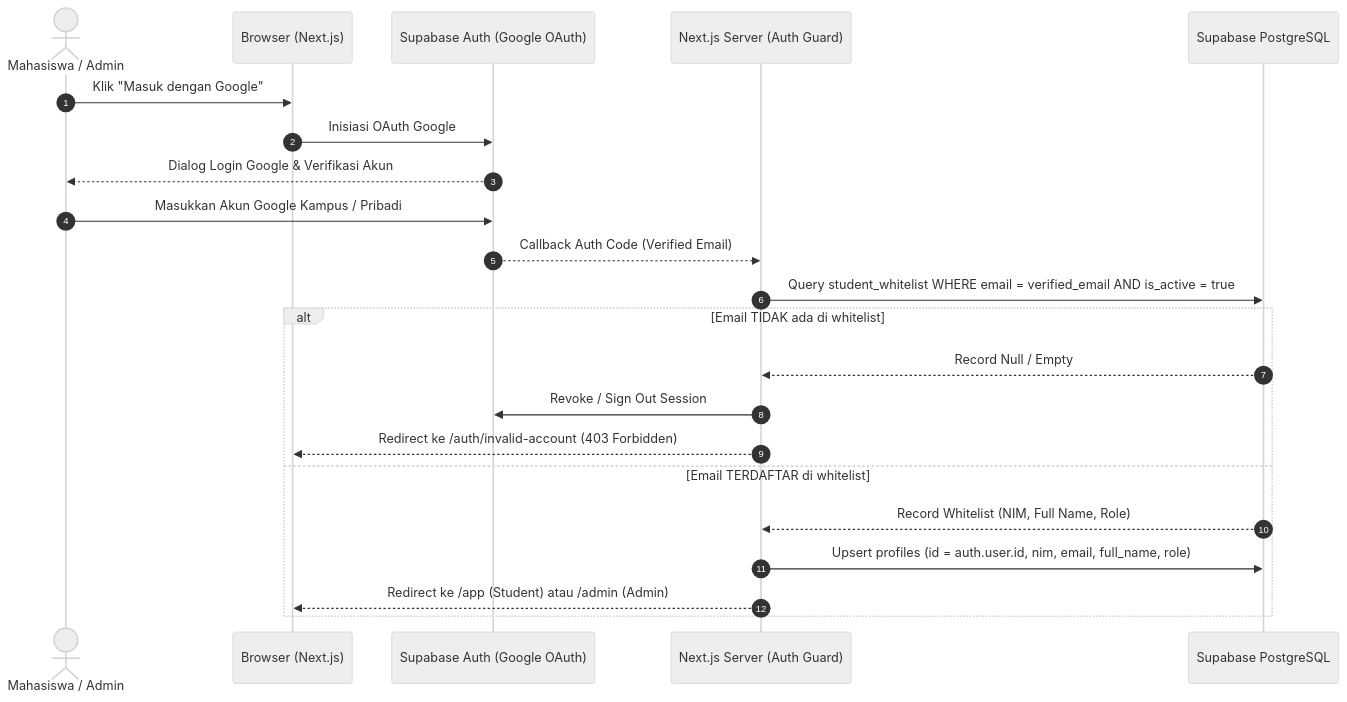
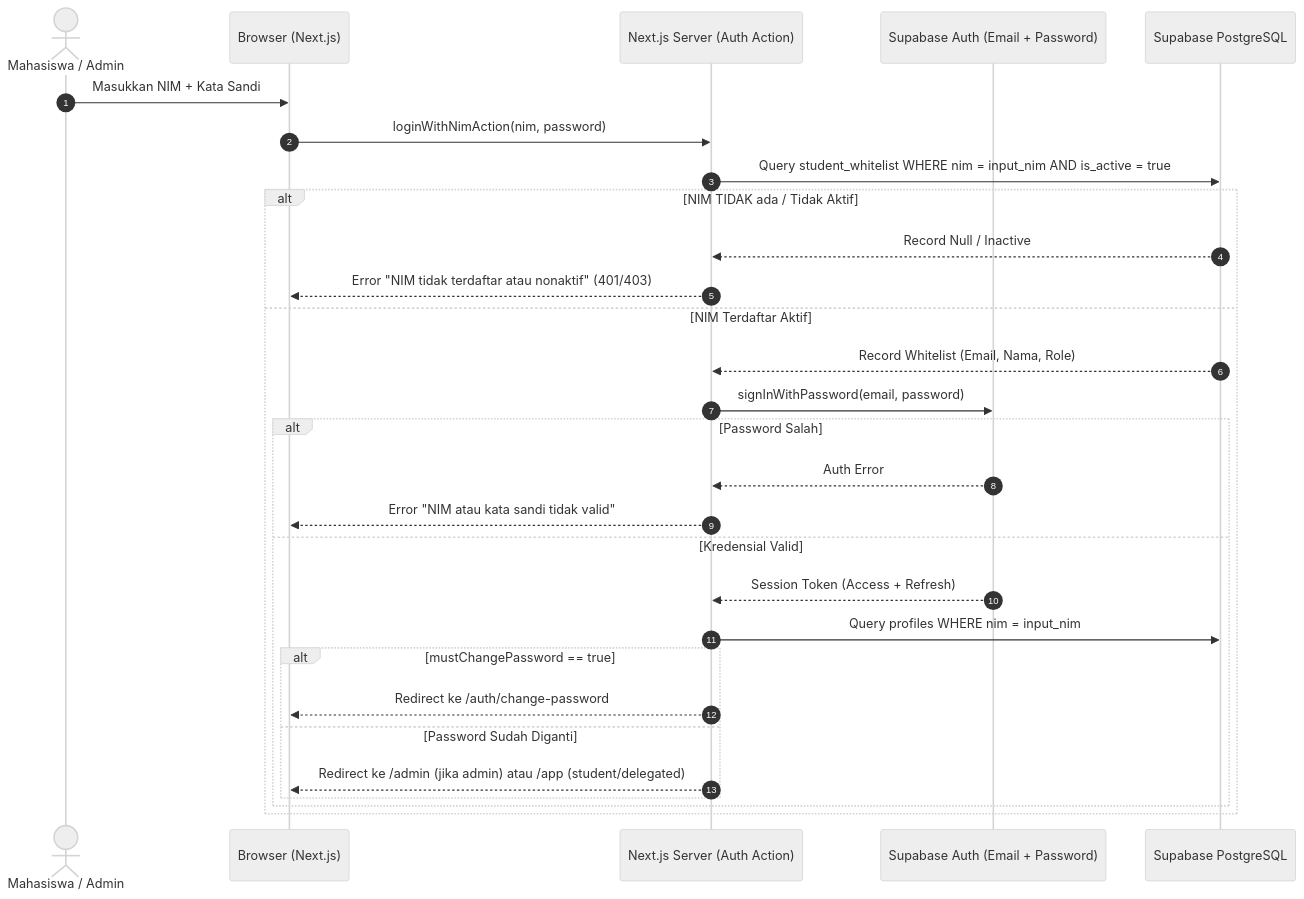
The diagram in docs/permissions.md (muhammadsyauqi32/novarion-academic-hub), drawn with Mermaid (neutral theme) before and after one commit. The commit also changed other lines of this file and 63 other files, not shown here.

````diff
--- a/docs/permissions.md
+++ b/docs/permissions.md
@@ -10,26 +10,32 @@
 ```mermaid
 sequenceDiagram
     autonumber
     actor User as Mahasiswa / Admin
     participant Client as Browser (Next.js)
-    participant Auth as Supabase Auth (Google OAuth)
-    participant Server as Next.js Server (Auth Guard)
+    participant Server as Next.js Server (Auth Action)
+    participant Auth as Supabase Auth (Email + Password)
     participant DB as Supabase PostgreSQL
 
-    User->>Client: Klik "Masuk dengan Google"
-    Client->>Auth: Inisiasi OAuth Google
-    Auth-->>User: Dialog Login Google & Verifikasi Akun
-    User->>Auth: Masukkan Akun Google Kampus / Pribadi
-    Auth-->>Server: Callback Auth Code (Verified Email)
-    
-    Server->>DB: Query student_whitelist WHERE email = verified_email AND is_active = true
-    alt Email TIDAK ada di whitelist
-        DB-->>Server: Record Null / Empty
-        Server->>Auth: Revoke / Sign Out Session
-        Server-->>Client: Redirect ke /auth/invalid-account (403 Forbidden)
-    else Email TERDAFTAR di whitelist
-        DB-->>Server: Record Whitelist (NIM, Full Name, Role)
-        Server->>DB: Upsert profiles (id = auth.user.id, nim, email, full_name, role)
-        Server-->>Client: Redirect ke /app (Student) atau /admin (Admin)
+    User->>Client: Masukkan NIM + Kata Sandi
+    Client->>Server: loginWithNimAction(nim, password)
+    Server->>DB: Query student_whitelist WHERE nim = input_nim AND is_active = true
+    alt NIM TIDAK ada / Tidak Aktif
+        DB-->>Server: Record Null / Inactive
+        Server-->>Client: Error "NIM tidak terdaftar atau nonaktif" (401/403)
+    else NIM Terdaftar Aktif
+        DB-->>Server: Record Whitelist (Email, Nama, Role)
+        Server->>Auth: signInWithPassword(email, password)
+        alt Password Salah
+            Auth-->>Server: Auth Error
+            Server-->>Client: Error "NIM atau kata sandi tidak valid"
+        else Kredensial Valid
+            Auth-->>Server: Session Token (Access + Refresh)
+            Server->>DB: Query profiles WHERE nim = input_nim
+            alt mustChangePassword == true
+                Server-->>Client: Redirect ke /auth/change-password
+            else Password Sudah Diganti
+                Server-->>Client: Redirect ke /admin (jika admin) atau /app (student/delegated)
+            end
+        end
     end
 ```
````
